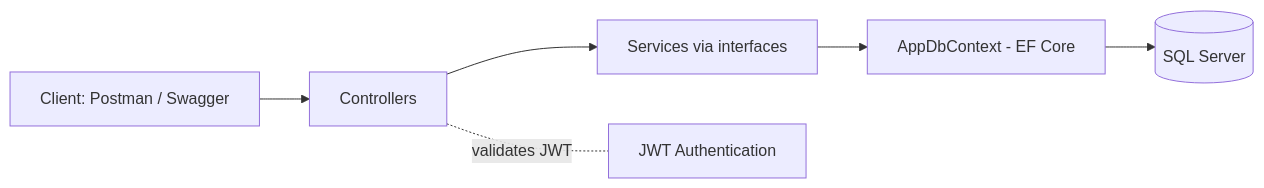
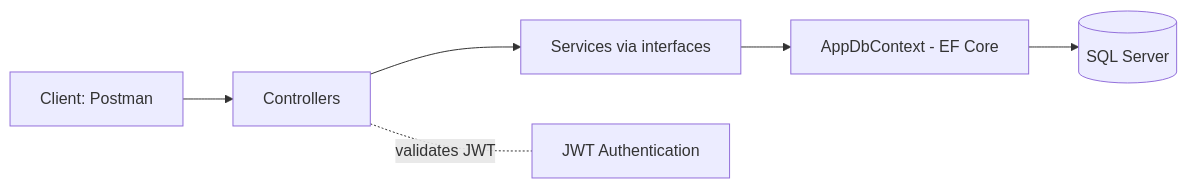
The first of 2 diagrams in README.md (affansafi1221-byte/EmployeeManagementAPI), drawn with Mermaid before and after one commit. The commit also changed other lines of this file, not shown here.

````diff
--- a/README.md
+++ b/README.md
@@ -33,8 +32,8 @@
 ```mermaid
 flowchart LR
-    Client[Client: Postman / Swagger] --> Controllers
+    Client[Client: Postman] --> Controllers
     Controllers --> Services[Services via interfaces]
     Services --> DbContext[AppDbContext - EF Core]
     DbContext --> DB[(SQL Server)]
     Controllers -. validates JWT .- Auth[JWT Authentication]
 ```
````
